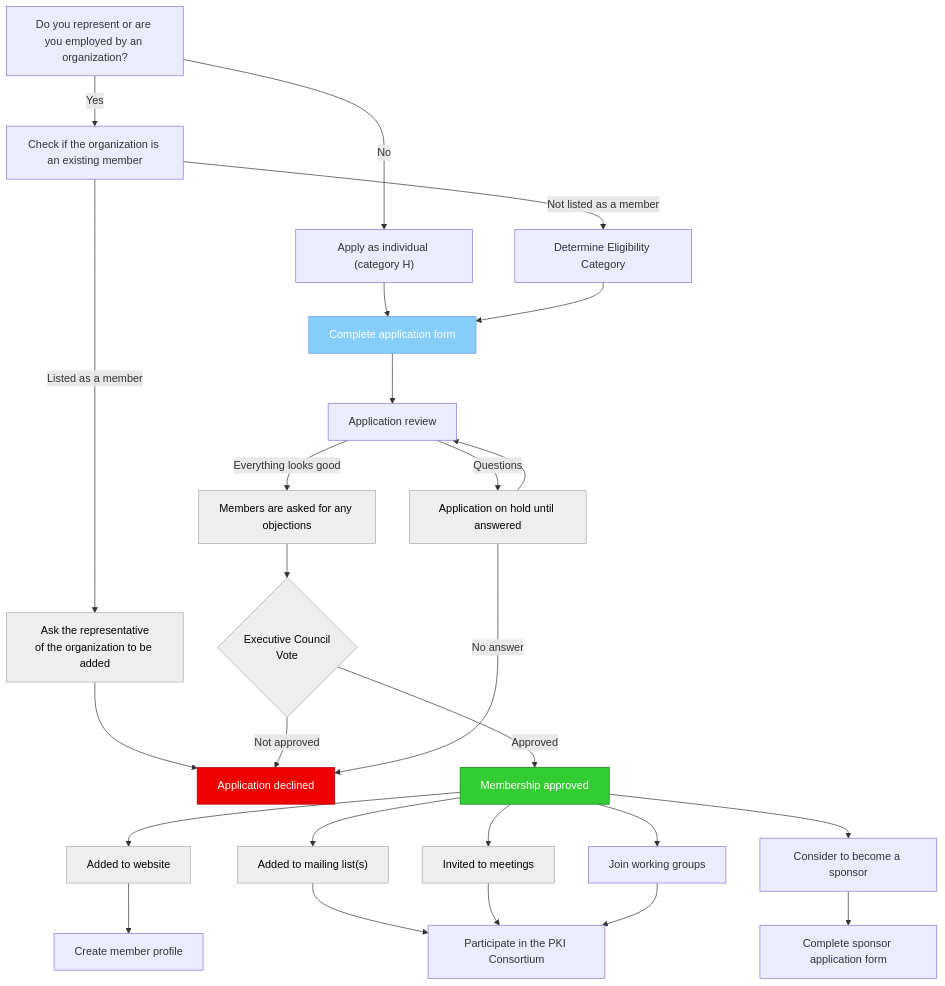
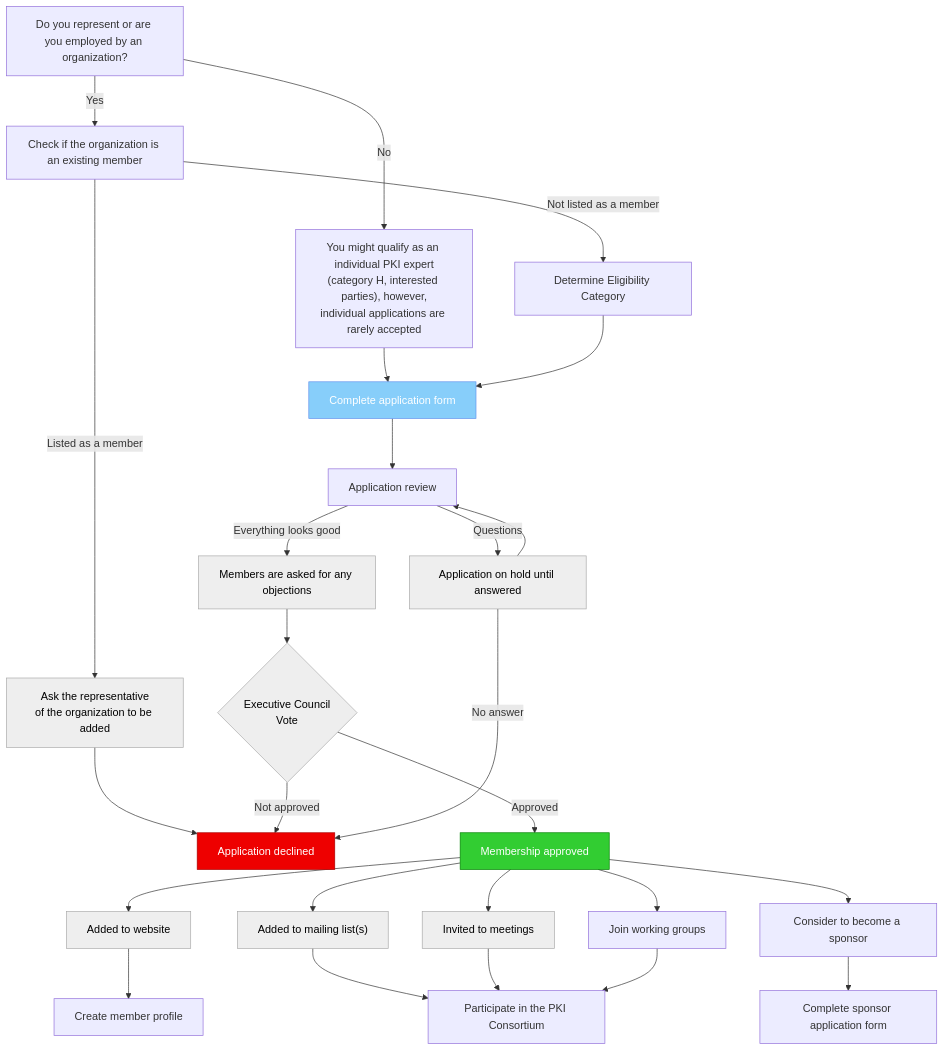
One commit to pkic/pkic.org changed the diagram in content/application-process.md. Above: the diagram before and after it, drawn with Mermaid. The commit also changed other lines of this file, not shown here.

Commit message:
Individual applications are rarely accepted

````diff
--- a/content/application-process.md
+++ b/content/application-process.md
@@ -20,48 +23,48 @@
 ```mermaid
 flowchart TD 
     IsOrganization[Do you represent or are you employed by an organization?]
-    IsOrganization --> |No| Individual["Apply as individual (category H)"] -->  ApplicationForm
+    IsOrganization --> |No| Individual["You might qualify as an individual PKI expert\n(category H, interested parties), however,\nindividual applications are rarely accepted"] -->  ApplicationForm
     IsOrganization --> |Yes| IsMember[Check if the organization is an existing member]
 
     IsMember --> |Not listed as a member| Category
     IsMember --> |Listed as a member| Member["Ask the representative\nof the organization to be added"] --> END
     
     Category[Determine Eligibility Category] --> ApplicationForm
 
     ApplicationForm[Complete application form]
     ApplicationForm --> Application[Application review]
     Application --> |Questions| Questions[Application on hold until answered] --> Application
     Application --> |Everything looks good| Consultation[Members are asked for any objections]
     Consultation --> EC{Executive Council\nVote}
     EC --> |Not approved| END
     EC --> |Approved| Approved[Membership approved]
 
     Approved --> Website[Added to website] --> Profile[Create member profile]
     Approved --> MailingList["Added to mailing list(s)"] --> Participate
     Approved --> MeetingInvite["Invited to meetings"] --> Participate
     Approved --> WorkingGroups["Join working groups"] --> Participate
     Participate["Participate in the PKI Consortium"]
 
     Approved --> Sponsor[Consider to become a sponsor]  
     Sponsor --> SponsorApplicationForm[Complete sponsor application form]
 
     Questions --> |No answer| END
     END[Application declined]
 
     click Category "/bylaws/#eligibility"
     click ApplicationForm "/join/"
     click Sponsor "/sponsors/"
     click SponsorApplicationForm "/sponsors/sponsor/"
     click WorkingGroups "/wg/"
     click Profile "https://github.com/pkic/pkic.org#adding-a-new-member"
 
     class Member,Agreements,Questions,Consultation,EC,MailingList,Website,MeetingInvite grey;
     class END red;
     class ApplicationForm blue;
     class Approved green;
 
     classDef red color: #fff, fill:#e00, stroke:#a00;
     classDef blue color: #fff, fill:#87CEFA, stroke:#6495ED;
     classDef green color: #fff, fill:#32CD32, stroke:#008000;
     classDef grey color: #000, fill:#eee, stroke:#aaa;
 ```
````
